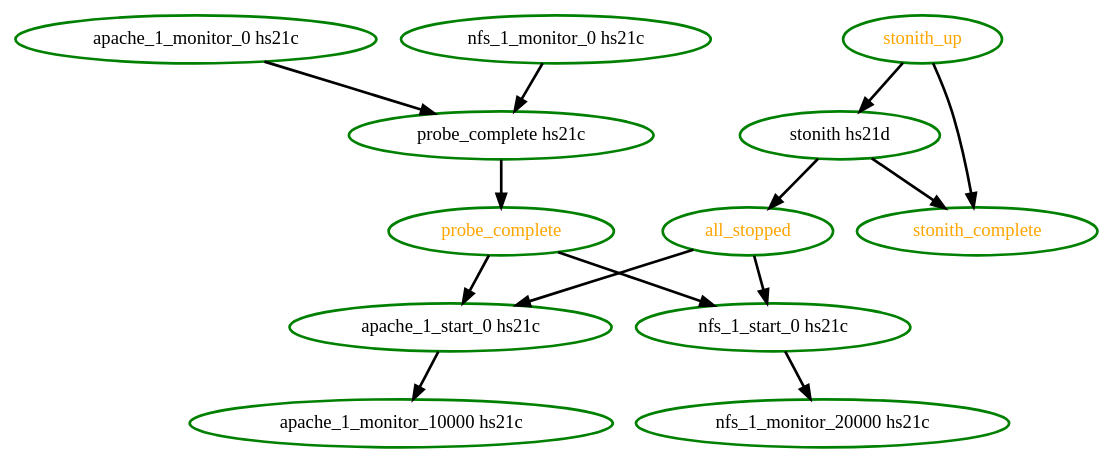
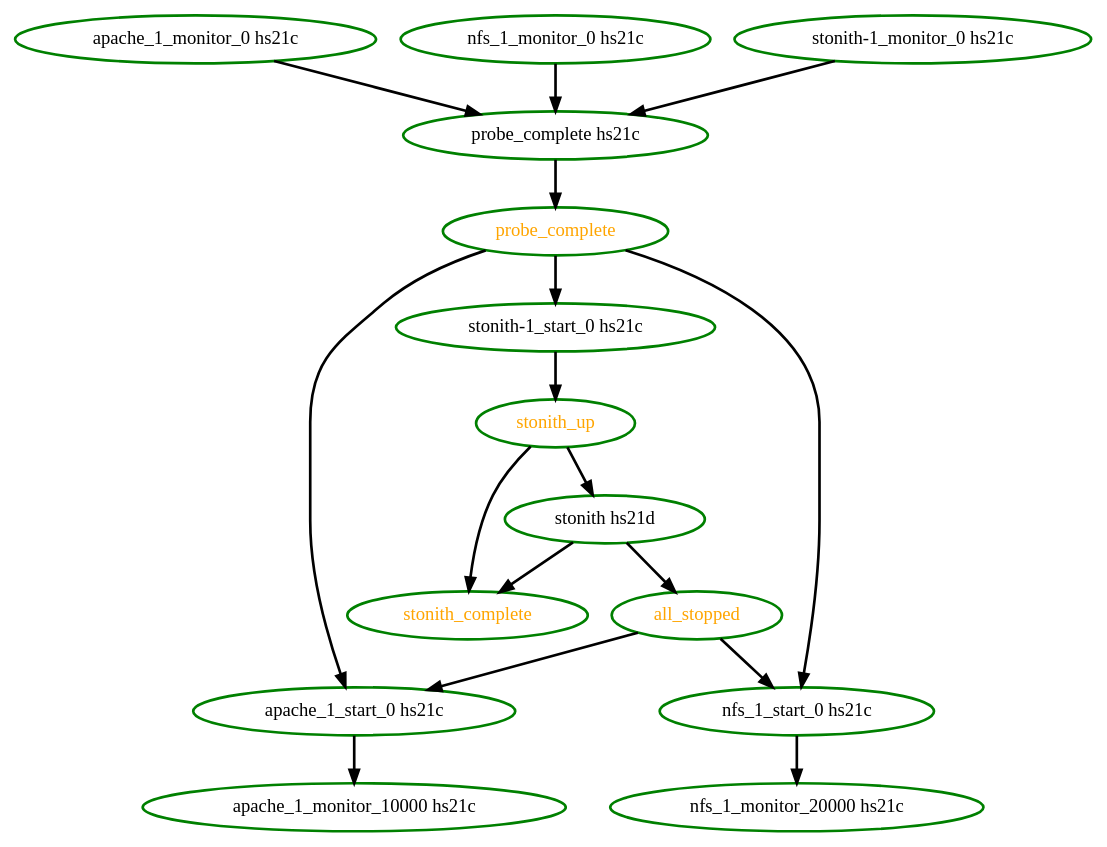
One commit to linux-ha-japan/pm_diskd changed the diagram in pengine/test10/systemhealth3.dot. Above: the diagram before and after it, drawn with Graphviz. The commit also changed 209 other files, not shown here.

```diff
--- a/pengine/test10/systemhealth3.dot
+++ b/pengine/test10/systemhealth3.dot
@@ -1,27 +1,32 @@
 digraph "g" {
 "all_stopped" -> "apache_1_start_0 hs21c" [ style = bold]
 "all_stopped" -> "nfs_1_start_0 hs21c" [ style = bold]
 "all_stopped" [ style=bold color="green" fontcolor="orange"  ]
 "apache_1_monitor_0 hs21c" -> "probe_complete hs21c" [ style = bold]
 "apache_1_monitor_0 hs21c" [ style=bold color="green" fontcolor="black"  ]
 "apache_1_monitor_10000 hs21c" [ style=bold color="green" fontcolor="black"  ]
 "apache_1_start_0 hs21c" -> "apache_1_monitor_10000 hs21c" [ style = bold]
 "apache_1_start_0 hs21c" [ style=bold color="green" fontcolor="black"  ]
 "nfs_1_monitor_0 hs21c" -> "probe_complete hs21c" [ style = bold]
 "nfs_1_monitor_0 hs21c" [ style=bold color="green" fontcolor="black"  ]
 "nfs_1_monitor_20000 hs21c" [ style=bold color="green" fontcolor="black"  ]
 "nfs_1_start_0 hs21c" -> "nfs_1_monitor_20000 hs21c" [ style = bold]
 "nfs_1_start_0 hs21c" [ style=bold color="green" fontcolor="black"  ]
 "probe_complete hs21c" -> "probe_complete" [ style = bold]
 "probe_complete hs21c" [ style=bold color="green" fontcolor="black"  ]
 "probe_complete" -> "apache_1_start_0 hs21c" [ style = bold]
 "probe_complete" -> "nfs_1_start_0 hs21c" [ style = bold]
+"probe_complete" -> "stonith-1_start_0 hs21c" [ style = bold]
 "probe_complete" [ style=bold color="green" fontcolor="orange"  ]
 "stonith hs21d" -> "all_stopped" [ style = bold]
 "stonith hs21d" -> "stonith_complete" [ style = bold]
 "stonith hs21d" [ style=bold color="green" fontcolor="black"  ]
+"stonith-1_monitor_0 hs21c" -> "probe_complete hs21c" [ style = bold]
+"stonith-1_monitor_0 hs21c" [ style=bold color="green" fontcolor="black"  ]
+"stonith-1_start_0 hs21c" -> "stonith_up" [ style = bold]
+"stonith-1_start_0 hs21c" [ style=bold color="green" fontcolor="black"  ]
 "stonith_complete" [ style=bold color="green" fontcolor="orange"  ]
 "stonith_up" -> "stonith hs21d" [ style = bold]
 "stonith_up" -> "stonith_complete" [ style = bold]
 "stonith_up" [ style=bold color="green" fontcolor="orange"  ]
 }
```
